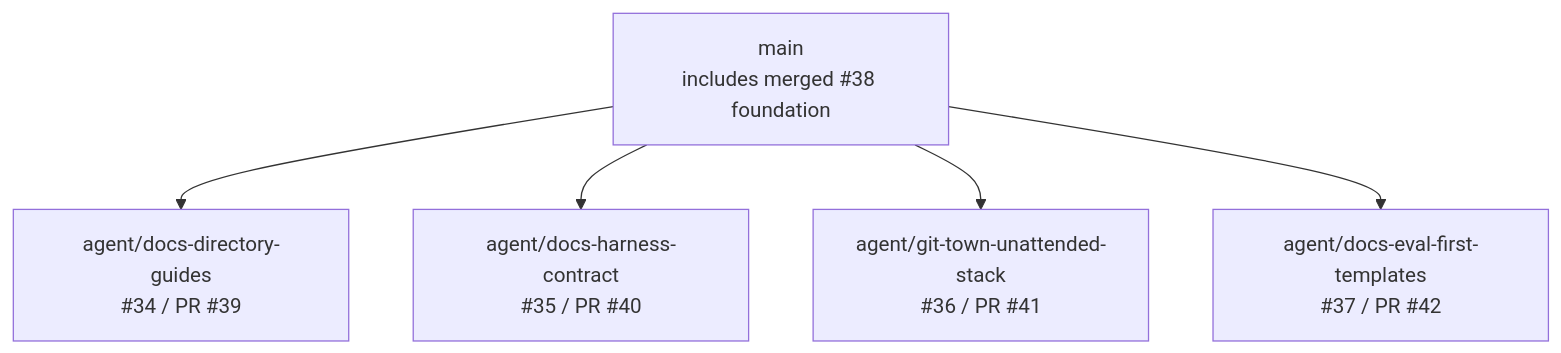
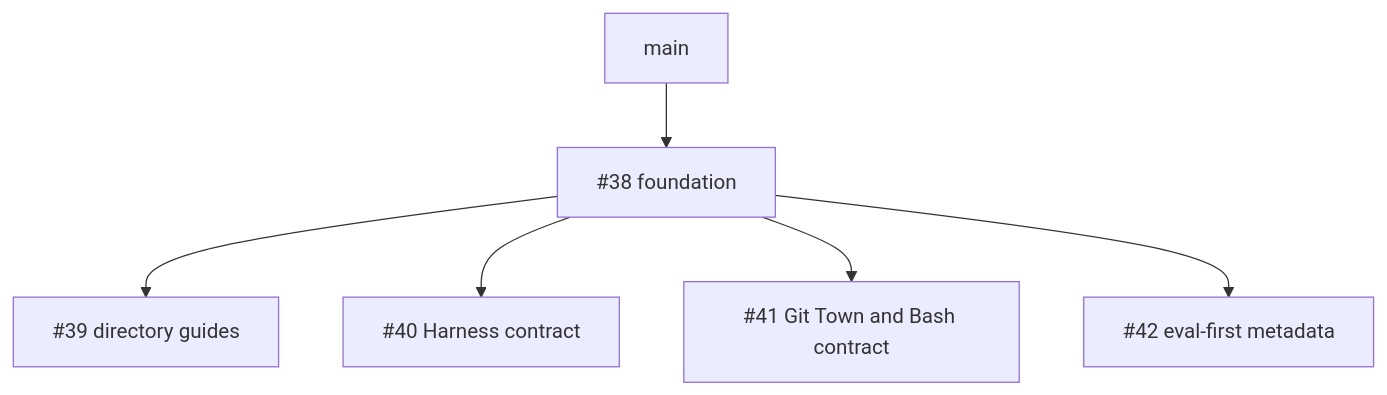
Before and after one commit to ed3c/XT-Aegis: the first of 2 diagrams in docs/STACKED_PRS.md, drawn with Mermaid. The commit also changed other lines of this file, not shown here.

Commit message:
chore: close completed documentation stack

````diff
--- a/docs/STACKED_PRS.md
+++ b/docs/STACKED_PRS.md
@@ -24,7 +26,8 @@
 ```mermaid
 flowchart TD
-    M[main<br/>includes merged #38 foundation] --> D[agent/docs-directory-guides<br/>#34 / PR #39]
-    M --> H[agent/docs-harness-contract<br/>#35 / PR #40]
-    M --> G[agent/git-town-unattended-stack<br/>#36 / PR #41]
-    M --> T[agent/docs-eval-first-templates<br/>#37 / PR #42]
+    M[main] --> F[#38 foundation]
+    F --> D[#39 directory guides]
+    F --> H[#40 Harness contract]
+    F --> G[#41 Git Town and Bash contract]
+    F --> T[#42 eval-first metadata]
 ```
````
